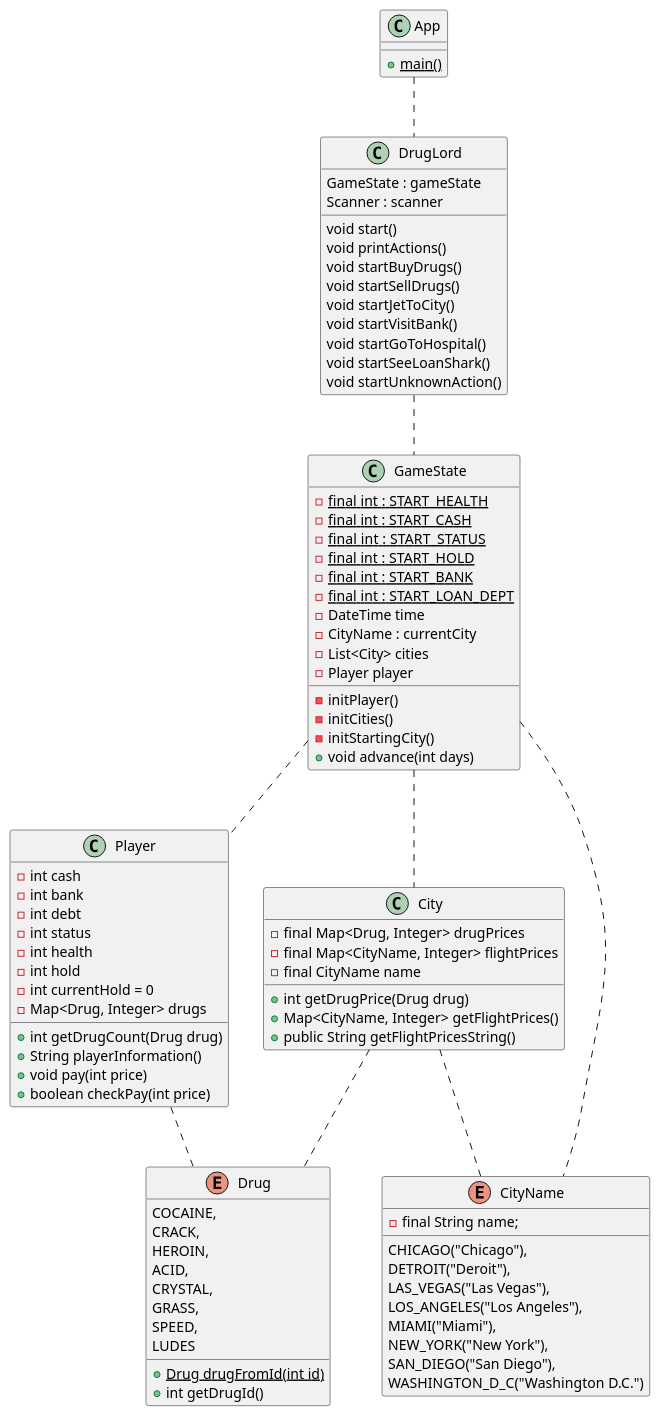
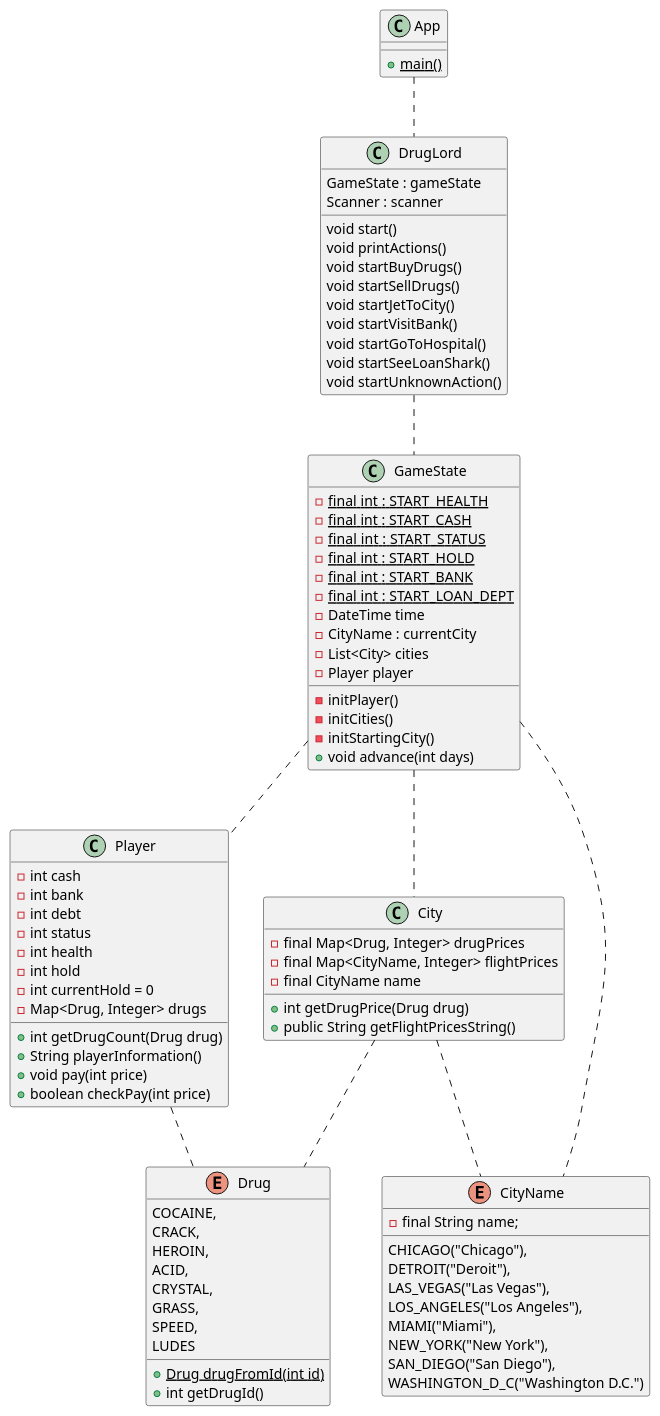
Before and after one commit to jl-schmolzi/DrugLord: the diagram in src/uml/DrugLord.puml, drawn with PlantUML. The commit also changed 4 other files, not shown here.

```diff
--- a/src/uml/DrugLord.puml
+++ b/src/uml/DrugLord.puml
@@ -1,90 +1,89 @@
 @startuml
 class App{
     +{static}main()
 }
 class DrugLord {
     GameState : gameState
     Scanner : scanner
     void start()
     void printActions()
     void startBuyDrugs()
     void startSellDrugs()
     void startJetToCity()
     void startVisitBank()
     void startGoToHospital()
     void startSeeLoanShark()
     void startUnknownAction()
     }
 'class DrugLordUI {
 '}
 class GameState {
     -{static} final int : START_HEALTH
     -{static} final int : START_CASH
     -{static} final int : START_STATUS
     -{static} final int : START_HOLD
     -{static} final int : START_BANK
     -{static} final int : START_LOAN_DEPT
     -DateTime time
     -CityName : currentCity
     -List<City> cities
     -Player player
     -initPlayer()
     -initCities()
     -initStartingCity()
     +void advance(int days)
 }
 class Player {
     -int cash
     -int bank
     -int debt
     -int status
     -int health
     -int hold
     -int currentHold = 0
     -Map<Drug, Integer> drugs
     +int getDrugCount(Drug drug)
     +String playerInformation()
     +void pay(int price)
     +boolean checkPay(int price)
 }
 class City {
     -final Map<Drug, Integer> drugPrices
     -final Map<CityName, Integer> flightPrices
     -final CityName name
     +int getDrugPrice(Drug drug)
-    +Map<CityName, Integer> getFlightPrices()
     +public String getFlightPricesString()
 }
 enum CityName {
     CHICAGO("Chicago"),
     DETROIT("Deroit"),
     LAS_VEGAS("Las Vegas"),
     LOS_ANGELES("Los Angeles"),
     MIAMI("Miami"),
     NEW_YORK("New York"),
     SAN_DIEGO("San Diego"),
     WASHINGTON_D_C("Washington D.C.")
     -final String name;
 
     }
 enum Drug {
     COCAINE,
     CRACK,
     HEROIN,
     ACID,
     CRYSTAL,
     GRASS,
     SPEED,
     LUDES
     +{static}Drug drugFromId(int id)
     +int getDrugId()
 }
 App .. DrugLord
 DrugLord .. GameState
 GameState ..CityName
 GameState .. City
 GameState ..Player
 Player .. Drug
 City .. Drug
 City .. CityName
 @enduml
```
